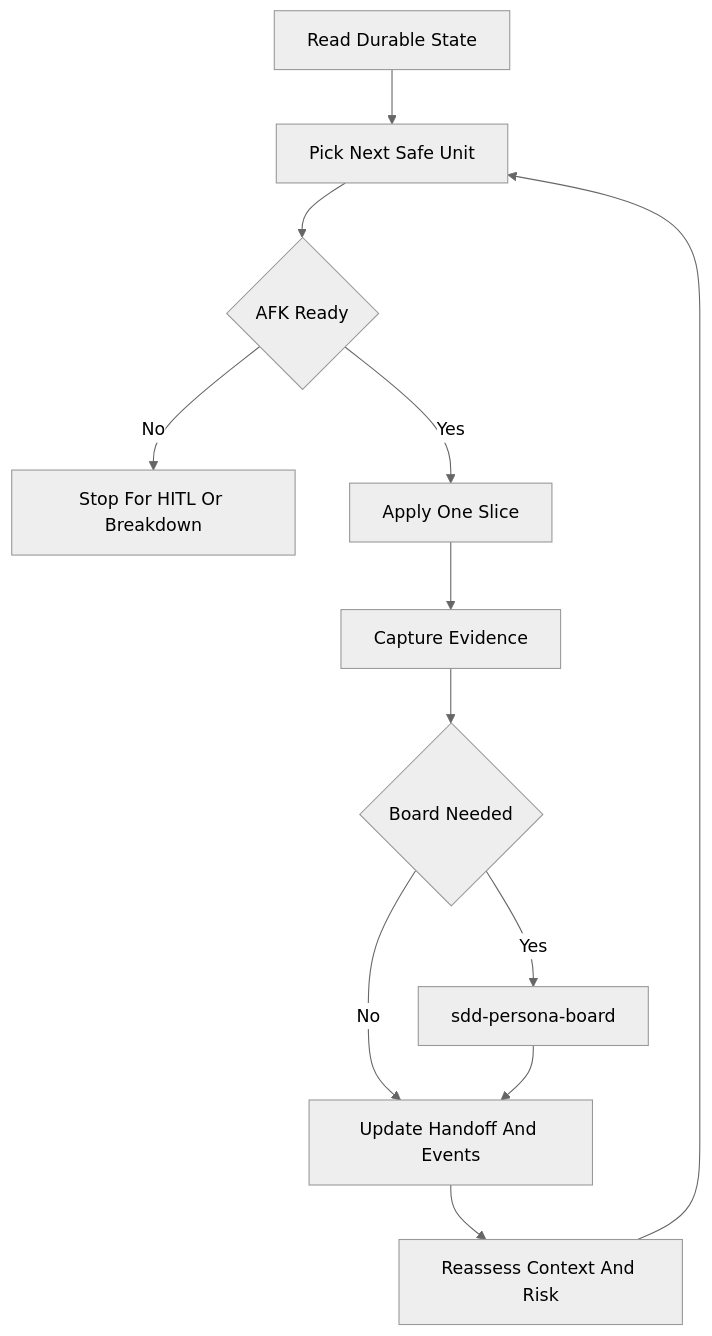
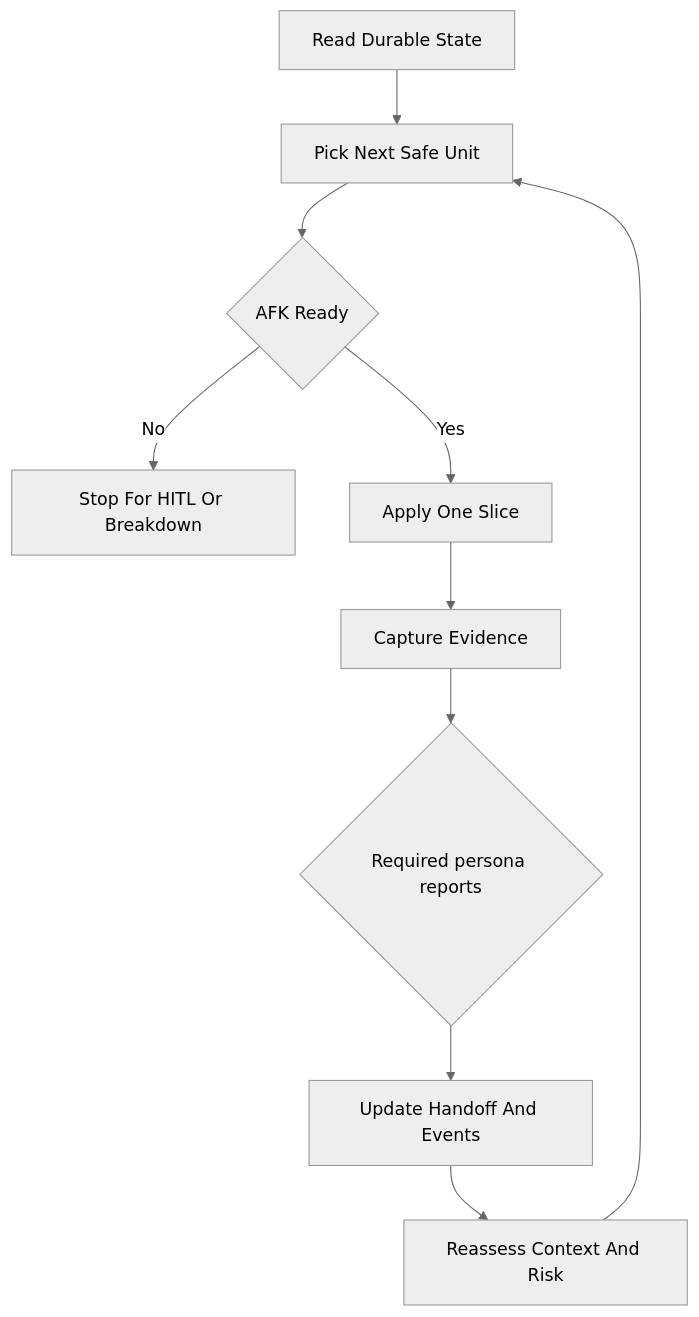
Before and after one commit to devopstales/skillgrid: the second of 3 diagrams in docs/02-workflow-usage.md, drawn with Mermaid (neutral theme). The commit also changed other lines of this file and 221 other files, not shown here.

````diff
--- a/docs/02-workflow-usage.md
+++ b/docs/02-workflow-usage.md
@@ -232,14 +231,12 @@
 ```mermaid
 flowchart TD
   State[Read Durable State] --> Pick[Pick Next Safe Unit]
   Pick --> Gate{AFK Ready}
   Gate -->|No| Stop[Stop For HITL Or Breakdown]
   Gate -->|Yes| Apply[Apply One Slice]
   Apply --> Evidence[Capture Evidence]
-  Evidence --> BoardNeed{Board Needed}
-  BoardNeed -->|Yes| Board[sdd-persona-board]
-  BoardNeed -->|No| Update[Update Handoff And Events]
-  Board --> Update
+  Evidence --> PersonaGate{Required persona reports}
+  PersonaGate --> Update[Update Handoff And Events]
   Update --> Reassess[Reassess Context And Risk]
   Reassess --> Pick
 ```
````
